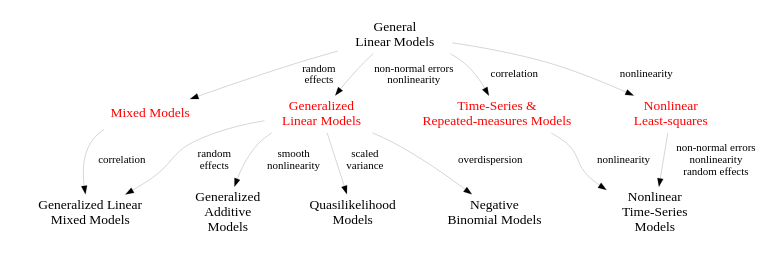
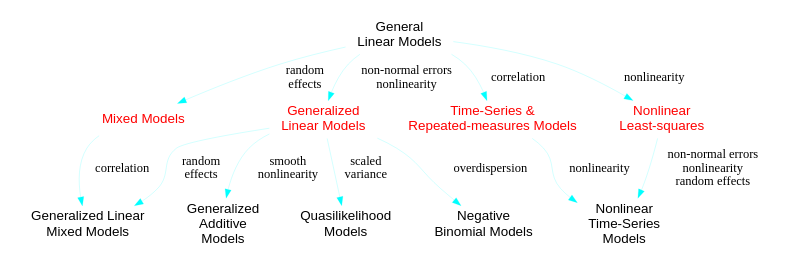
One commit to Derek-Jones/ESEUR-code-data changed the diagram in not_R/reg-models.dot. Above: the diagram before and after it, drawn with Graphviz. The commit also changed 145 other files, not shown here.

```diff
--- a/not_R/reg-models.dot
+++ b/not_R/reg-models.dot
@@ -1,52 +1,52 @@
-                    /* reg-models.dot, 27 Dec 15 */
+                    /* reg-models.dot, 13 Apr 20 */
 
 digraph G {
 
    rankdir = TB;
    ranksep = 0.3;
    arrowsize=0.2;
    size = "6.0,6.0";
-   edge [fontsize = 13, penwidth=0.2];
-   node [color = white, shape = plaintext, fontsize = 16];
+   edge [fontsize = 14, penwidth=0.2, color="cyan"];
+   node [color = white, shape = plaintext, fontname="Helvetica", fontsize=15];
 
    general_linear_models -> generalized_linear_models[label="non-normal errors\nnonlinearity"] ;
    general_linear_models -> nonlinear_least_squares[label="nonlinearity"] ;
    general_linear_models -> mixed_models[label="random\neffects"] ;
    general_linear_models -> repeated_measures_models_time_series[label="correlation"] ;
 
    generalized_linear_models -> generalized_additive_models[label="smooth\nnonlinearity"] ;
    generalized_linear_models -> quasilikelihood_models[label="scaled\nvariance"] ;
    generalized_linear_models -> negative_binomial_models[label=" overdispersion"] ;
    generalized_linear_models -> generalized_linear_mixed_models[label="random\neffects"] ;
 
    repeated_measures_models_time_series -> nonlinear_time_series_models[label="nonlinearity"] ;
 
    mixed_models -> generalized_linear_mixed_models[label="correlation"] ;
 
    nonlinear_least_squares -> nonlinear_time_series_models[label="non-normal errors\nnonlinearity\nrandom effects"] ;
 
    { rank=same;
    rankdir = LR;
 
    generalized_additive_models[label="Generalized\nAdditive\nModels"] ;
    quasilikelihood_models[label="Quasilikelihood\nModels"] ;
    negative_binomial_models[label="Negative\nBinomial Models"] ;
    generalized_linear_mixed_models[label="Generalized Linear\nMixed Models"] ;
    }
 
    { /* rank=same;
    rankdir = TB; */
 
    repeated_measures_models_time_series[label="Time-Series \&\nRepeated-measures Models", fontcolor="red"] ;
    mixed_models[label="Mixed Models", fontcolor="red"] ;
    nonlinear_time_series_models[label="Nonlinear\nTime-Series\nModels"] ;
    }
 
 
    general_linear_models[label="General\nLinear Models"] ;
 
    generalized_linear_models[label="Generalized\nLinear Models", fontcolor="red"] ;
 
    nonlinear_least_squares[label="Nonlinear\nLeast-squares", fontcolor="red"] ;
 
 }
```
